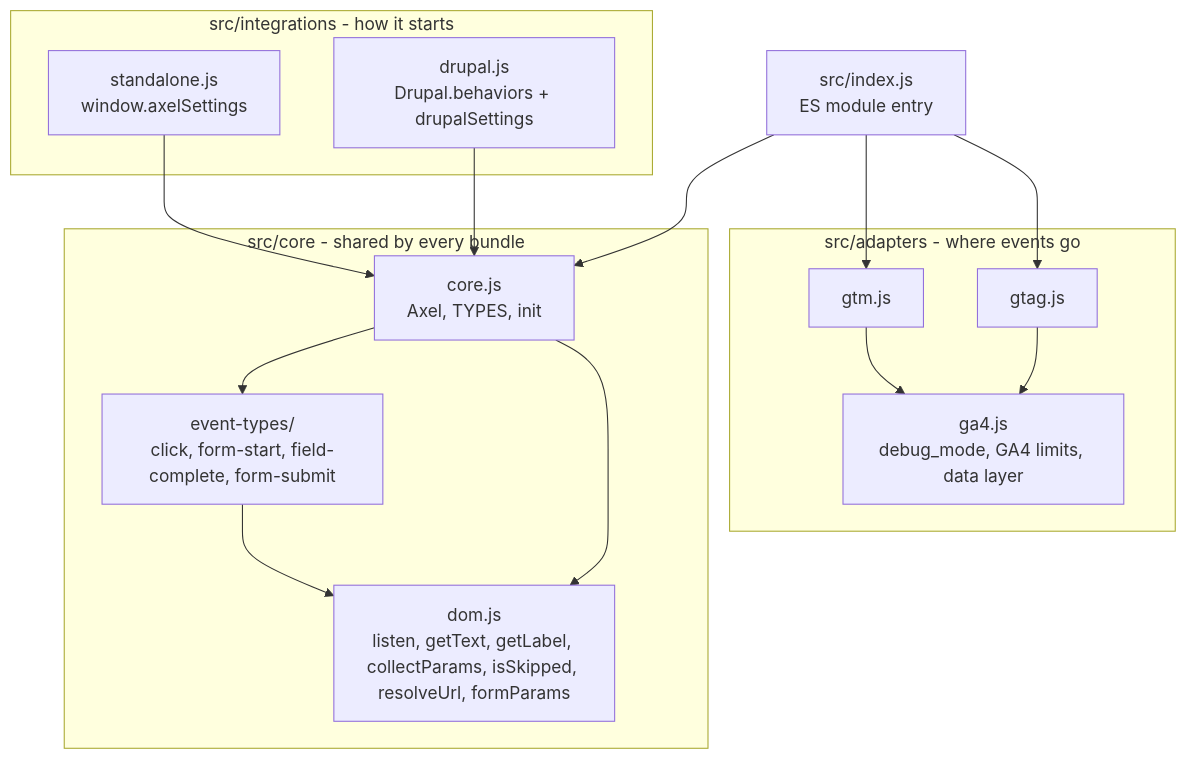
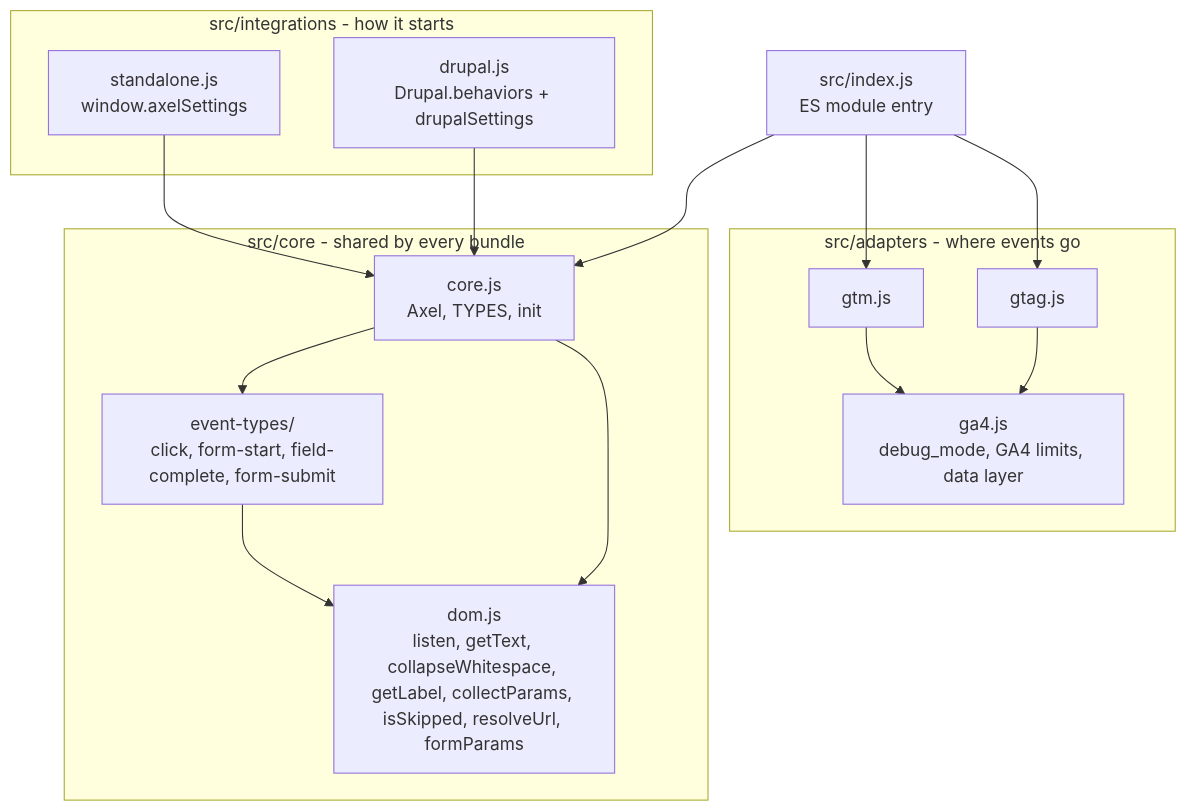
Before and after one commit to drevops/axel: the first of 3 diagrams in docs/architecture/README.md, drawn with Mermaid. The commit also changed other lines of this file and 8 other files, not shown here.

````diff
--- a/docs/architecture/README.md
+++ b/docs/architecture/README.md
@@ -10,27 +10,27 @@
 ```mermaid
 %% Traced from: src/core/*.js, src/core/event-types/*.js, src/adapters/*.js, src/integrations/*.js, src/index.js.
 flowchart TB
     subgraph integrations[src/integrations - how it starts]
         standalone[standalone.js<br>window.axelSettings]
         drupal[drupal.js<br>Drupal.behaviors + drupalSettings]
     end
     subgraph core[src/core - shared by every bundle]
         coreJs[core.js<br>Axel, TYPES, init]
         eventTypes[event-types/<br>click, form-start, field-complete, form-submit]
-        dom[dom.js<br>listen, getText, getLabel, collectParams, isSkipped, resolveUrl, formParams]
+        dom[dom.js<br>listen, getText, collapseWhitespace, getLabel, collectParams, isSkipped, resolveUrl, formParams]
     end
     subgraph adapters[src/adapters - where events go]
         gtm[gtm.js]
         gtag[gtag.js]
         ga4[ga4.js<br>debug_mode, GA4 limits, data layer]
     end
     standalone --> coreJs
     drupal --> coreJs
     coreJs --> eventTypes --> dom
     coreJs --> dom
     gtm --> ga4
     gtag --> ga4
     index[src/index.js<br>ES module entry] --> coreJs
     index --> gtm
     index --> gtag
 ```
````
